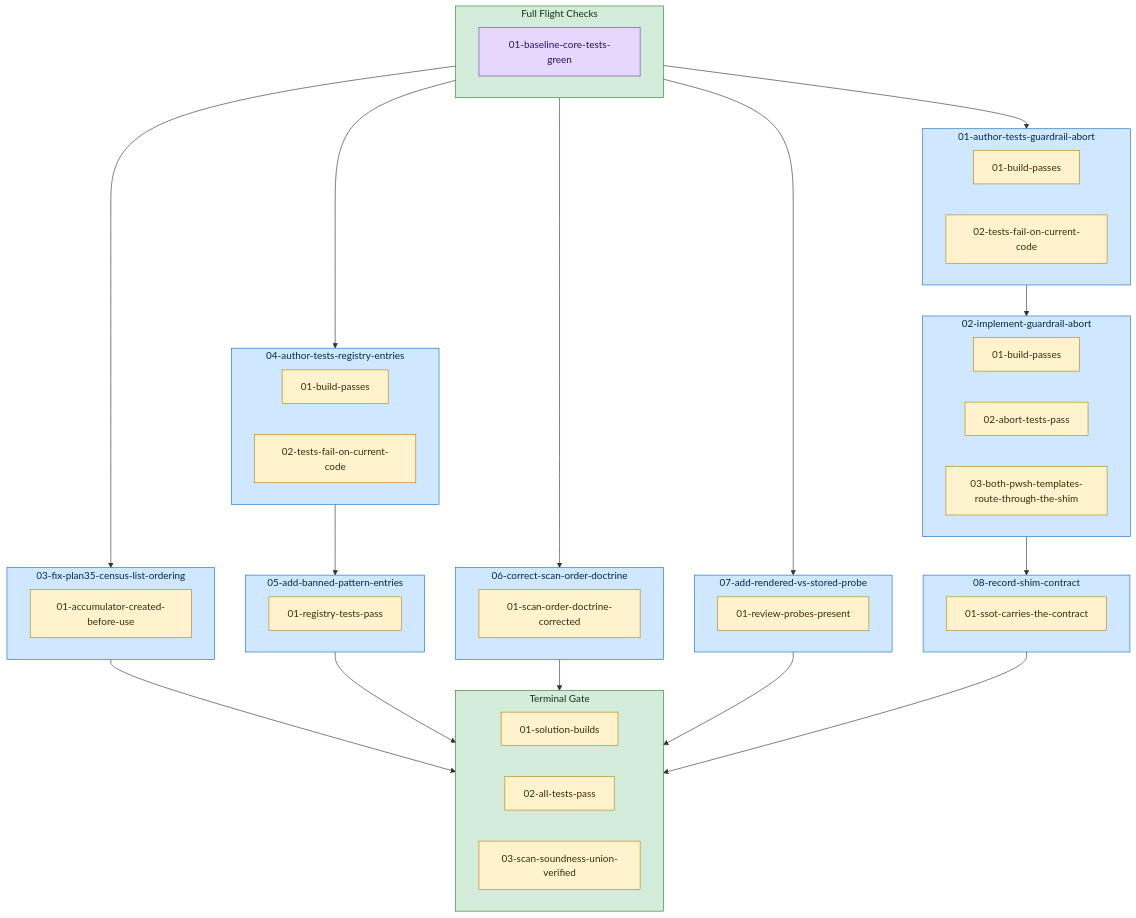
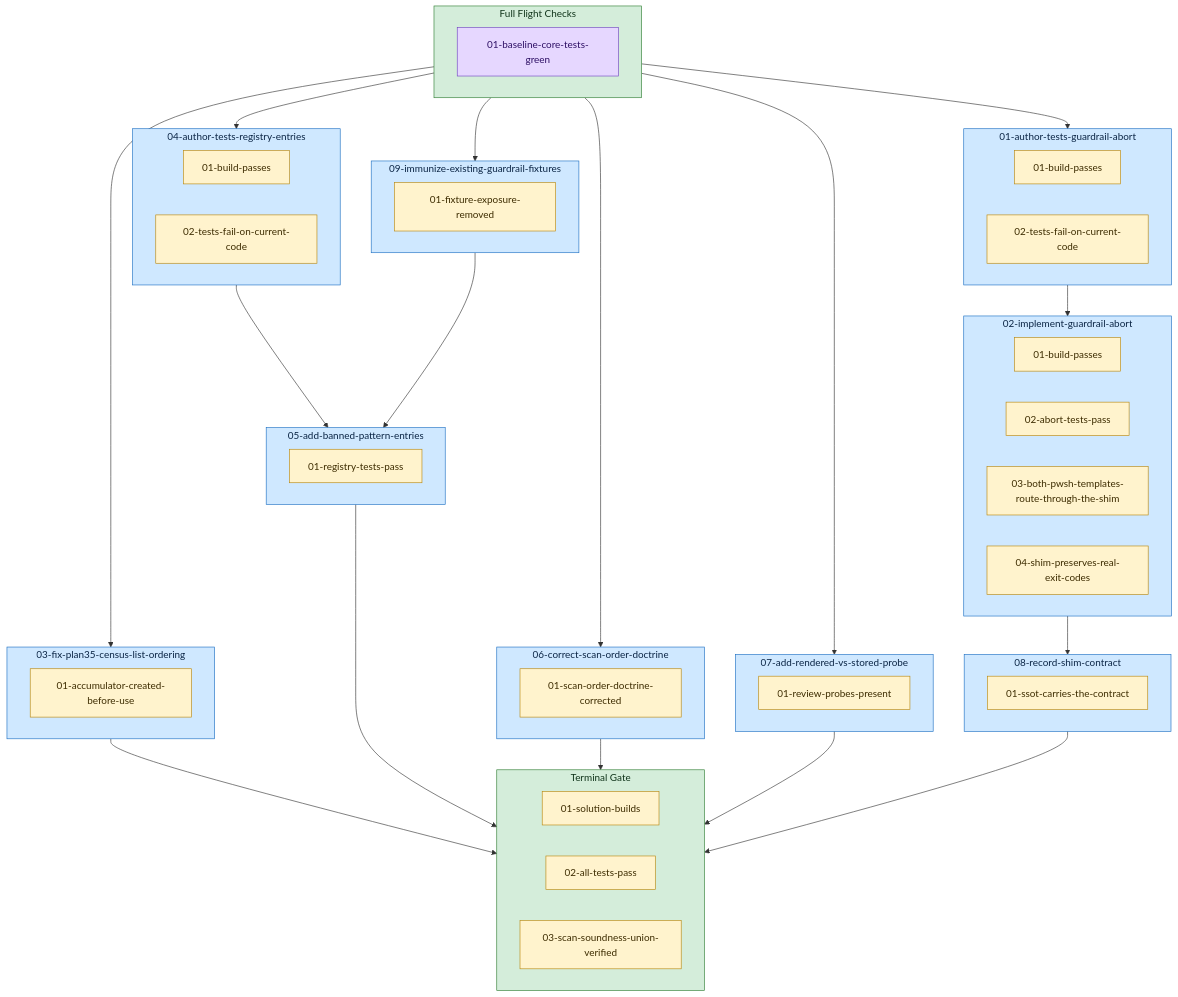
One commit to Servant-Software-LLC/Guardrails changed the diagram in docs/plans/38-guardrail-scan-soundness/diagram.md. Above: the diagram before and after it, drawn with Mermaid. The commit also changed other lines of this file and 2 other files, not shown here.

Commit message:
chore(plan-38): regenerate diagram and baseline after the remediation
Claude-Session: https://claude.ai/code/session_018ygCiteWCFHAavpb4vMtXF

````diff
--- a/docs/plans/38-guardrail-scan-soundness/diagram.md
+++ b/docs/plans/38-guardrail-scan-soundness/diagram.md
@@ -3,64 +3,71 @@
 ```mermaid
 flowchart TD
   subgraph plan_preflights["Full Flight Checks"]
     plan_preflights_0["01-baseline-core-tests-green"]:::preflight
   end
   style plan_preflights fill:#d4edda,stroke:#2e7d32,color:#10341a;
   subgraph task_01_author_tests_guardrail_abort["01-author-tests-guardrail-abort"]
     task_01_author_tests_guardrail_abort_gr_0["01-build-passes"]:::guardrail
     task_01_author_tests_guardrail_abort_gr_1["02-tests-fail-on-current-code"]:::guardrail
   end
   style task_01_author_tests_guardrail_abort fill:#cfe8ff,stroke:#1b6ec2,color:#0b2545;
   subgraph task_02_implement_guardrail_abort["02-implement-guardrail-abort"]
     task_02_implement_guardrail_abort_gr_0["01-build-passes"]:::guardrail
     task_02_implement_guardrail_abort_gr_1["02-abort-tests-pass"]:::guardrail
     task_02_implement_guardrail_abort_gr_2["03-both-pwsh-templates-route-through-the-shim"]:::guardrail
+    task_02_implement_guardrail_abort_gr_3["04-shim-preserves-real-exit-codes"]:::guardrail
   end
   style task_02_implement_guardrail_abort fill:#cfe8ff,stroke:#1b6ec2,color:#0b2545;
   subgraph task_03_fix_plan35_census_list_ordering["03-fix-plan35-census-list-ordering"]
     task_03_fix_plan35_census_list_ordering_gr_0["01-accumulator-created-before-use"]:::guardrail
   end
   style task_03_fix_plan35_census_list_ordering fill:#cfe8ff,stroke:#1b6ec2,color:#0b2545;
   subgraph task_04_author_tests_registry_entries["04-author-tests-registry-entries"]
     task_04_author_tests_registry_entries_gr_0["01-build-passes"]:::guardrail
     task_04_author_tests_registry_entries_gr_1["02-tests-fail-on-current-code"]:::guardrail
   end
   style task_04_author_tests_registry_entries fill:#cfe8ff,stroke:#1b6ec2,color:#0b2545;
   subgraph task_05_add_banned_pattern_entries["05-add-banned-pattern-entries"]
     task_05_add_banned_pattern_entries_gr_0["01-registry-tests-pass"]:::guardrail
   end
   style task_05_add_banned_pattern_entries fill:#cfe8ff,stroke:#1b6ec2,color:#0b2545;
   subgraph task_06_correct_scan_order_doctrine["06-correct-scan-order-doctrine"]
     task_06_correct_scan_order_doctrine_gr_0["01-scan-order-doctrine-corrected"]:::guardrail
   end
   style task_06_correct_scan_order_doctrine fill:#cfe8ff,stroke:#1b6ec2,color:#0b2545;
   subgraph task_07_add_rendered_vs_stored_probe["07-add-rendered-vs-stored-probe"]
     task_07_add_rendered_vs_stored_probe_gr_0["01-review-probes-present"]:::guardrail
   end
   style task_07_add_rendered_vs_stored_probe fill:#cfe8ff,stroke:#1b6ec2,color:#0b2545;
   subgraph task_08_record_shim_contract["08-record-shim-contract"]
     task_08_record_shim_contract_gr_0["01-ssot-carries-the-contract"]:::guardrail
   end
   style task_08_record_shim_contract fill:#cfe8ff,stroke:#1b6ec2,color:#0b2545;
+  subgraph task_09_immunize_existing_guardrail_fixtures["09-immunize-existing-guardrail-fixtures"]
+    task_09_immunize_existing_guardrail_fixtures_gr_0["01-fixture-exposure-removed"]:::guardrail
+  end
+  style task_09_immunize_existing_guardrail_fixtures fill:#cfe8ff,stroke:#1b6ec2,color:#0b2545;
   subgraph plan_guardrails["Terminal Gate"]
     plan_guardrails_0["01-solution-builds"]:::guardrail
     plan_guardrails_1["02-all-tests-pass"]:::guardrail
     plan_guardrails_2["03-scan-soundness-union-verified"]:::guardrail
   end
   style plan_guardrails fill:#d4edda,stroke:#2e7d32,color:#10341a;
   plan_preflights --> task_01_author_tests_guardrail_abort
   plan_preflights --> task_03_fix_plan35_census_list_ordering
   plan_preflights --> task_04_author_tests_registry_entries
   plan_preflights --> task_06_correct_scan_order_doctrine
   plan_preflights --> task_07_add_rendered_vs_stored_probe
+  plan_preflights --> task_09_immunize_existing_guardrail_fixtures
   task_01_author_tests_guardrail_abort --> task_02_implement_guardrail_abort
   task_02_implement_guardrail_abort --> task_08_record_shim_contract
   task_04_author_tests_registry_entries --> task_05_add_banned_pattern_entries
+  task_09_immunize_existing_guardrail_fixtures --> task_05_add_banned_pattern_entries
   task_03_fix_plan35_census_list_ordering --> plan_guardrails
   task_05_add_banned_pattern_entries --> plan_guardrails
   task_06_correct_scan_order_doctrine --> plan_guardrails
   task_07_add_rendered_vs_stored_probe --> plan_guardrails
   task_08_record_shim_contract --> plan_guardrails
   classDef preflight fill:#e6d7ff,stroke:#6f42c1,color:#2e1065;
   classDef guardrail fill:#fff3cd,stroke:#b8860b,color:#3d2c00;
 ```
````
